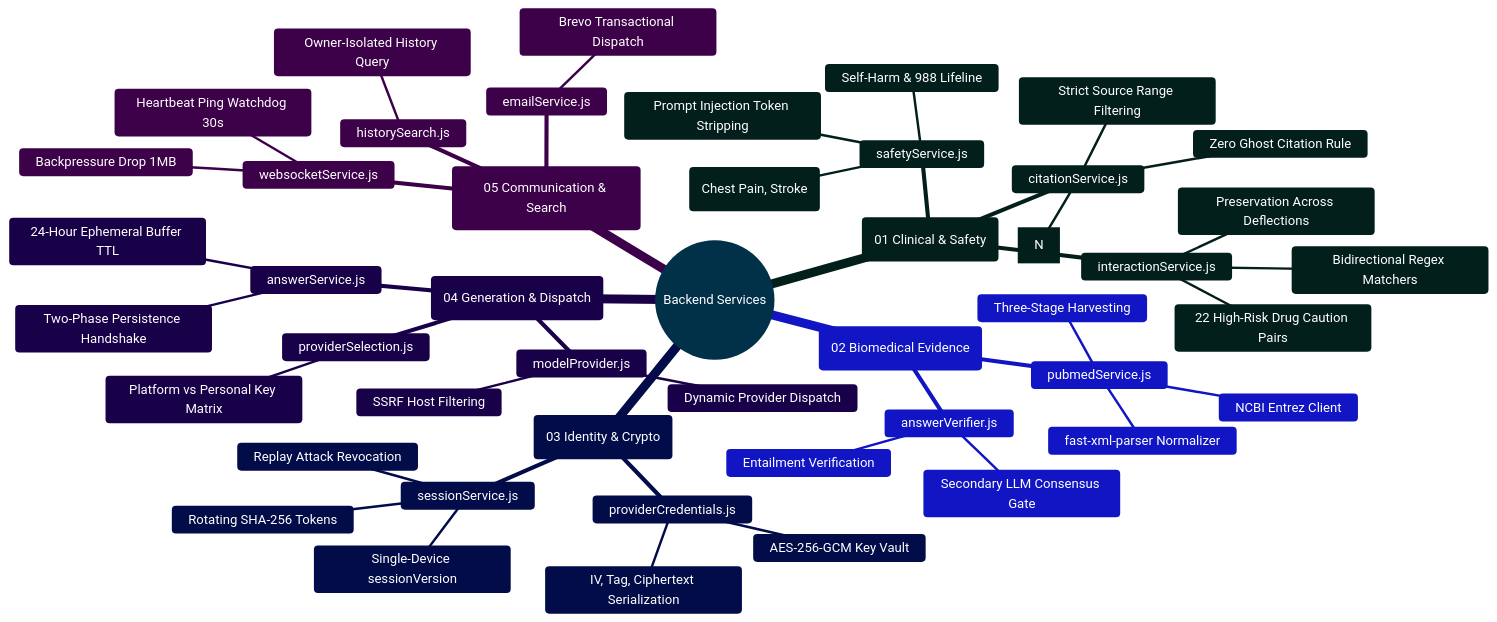
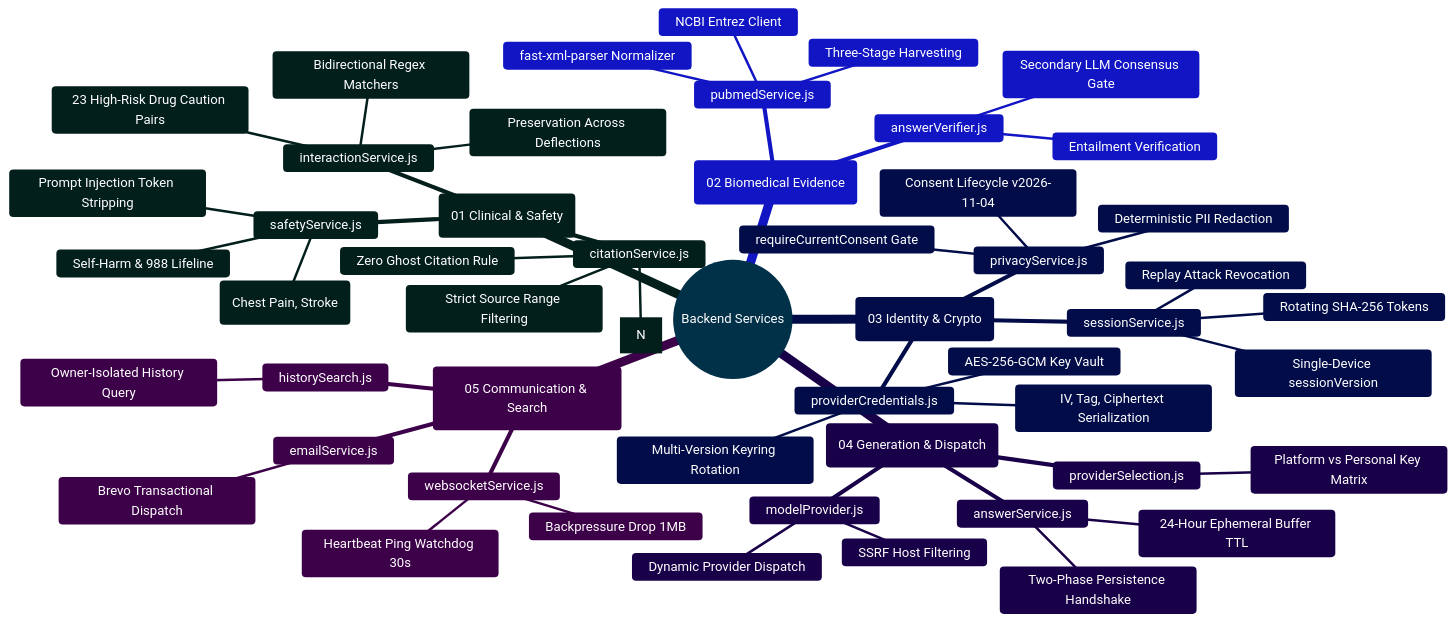
The diagram in backend/services/README.md (Ganesh172919/React-App-LLM), drawn with Mermaid before and after one commit. The commit also changed other lines of this file and 39 other files, not shown here.

````diff
--- a/backend/services/README.md
+++ b/backend/services/README.md
@@ -65,52 +66,57 @@
 ```mermaid
 %%{init: {'theme': 'base', 'themeVariables': { 'primaryColor': '#0284c7', 'primaryTextColor': '#ffffff', 'primaryBorderColor': '#0369a1', 'lineColor': '#0284c7', 'secondaryColor': '#0d9488', 'tertiaryColor': '#6366f1' }}}%%
 mindmap
   root((Backend Services))
     ::icon(fa fa-server)
     (01 Clinical & Safety)
       safetyService.js
         Self-Harm & 988 Lifeline
         Emergency Deflections (Chest Pain, Stroke)
         Prompt Injection Token Stripping
       interactionService.js
-        22 High-Risk Drug Caution Pairs
+        23 High-Risk Drug Caution Pairs
         Bidirectional Regex Matchers
         Preservation Across Deflections
       citationService.js
         Numerical Bracket Matcher [N]
         Zero Ghost Citation Rule
         Strict Source Range Filtering
     (02 Biomedical Evidence)
       pubmedService.js
         NCBI Entrez Client
         Three-Stage Harvesting
         fast-xml-parser Normalizer
       answerVerifier.js
         Secondary LLM Consensus Gate
         Entailment Verification
     (03 Identity & Crypto)
       sessionService.js
         Single-Device sessionVersion
         Rotating SHA-256 Tokens
         Replay Attack Revocation
       providerCredentials.js
         AES-256-GCM Key Vault
+        Multi-Version Keyring Rotation
         IV, Tag, Ciphertext Serialization
+      privacyService.js
+        Consent Lifecycle v2026-11-04
+        Deterministic PII Redaction
+        requireCurrentConsent Gate
     (04 Generation & Dispatch)
       answerService.js
         Two-Phase Persistence Handshake
         24-Hour Ephemeral Buffer TTL
       modelProvider.js
         Dynamic Provider Dispatch
         SSRF Host Filtering
       providerSelection.js
         Platform vs Personal Key Matrix
     (05 Communication & Search)
       websocketService.js
         Heartbeat Ping Watchdog 30s
         Backpressure Drop 1MB
       historySearch.js
         Owner-Isolated History Query
       emailService.js
         Brevo Transactional Dispatch
 ```
````
